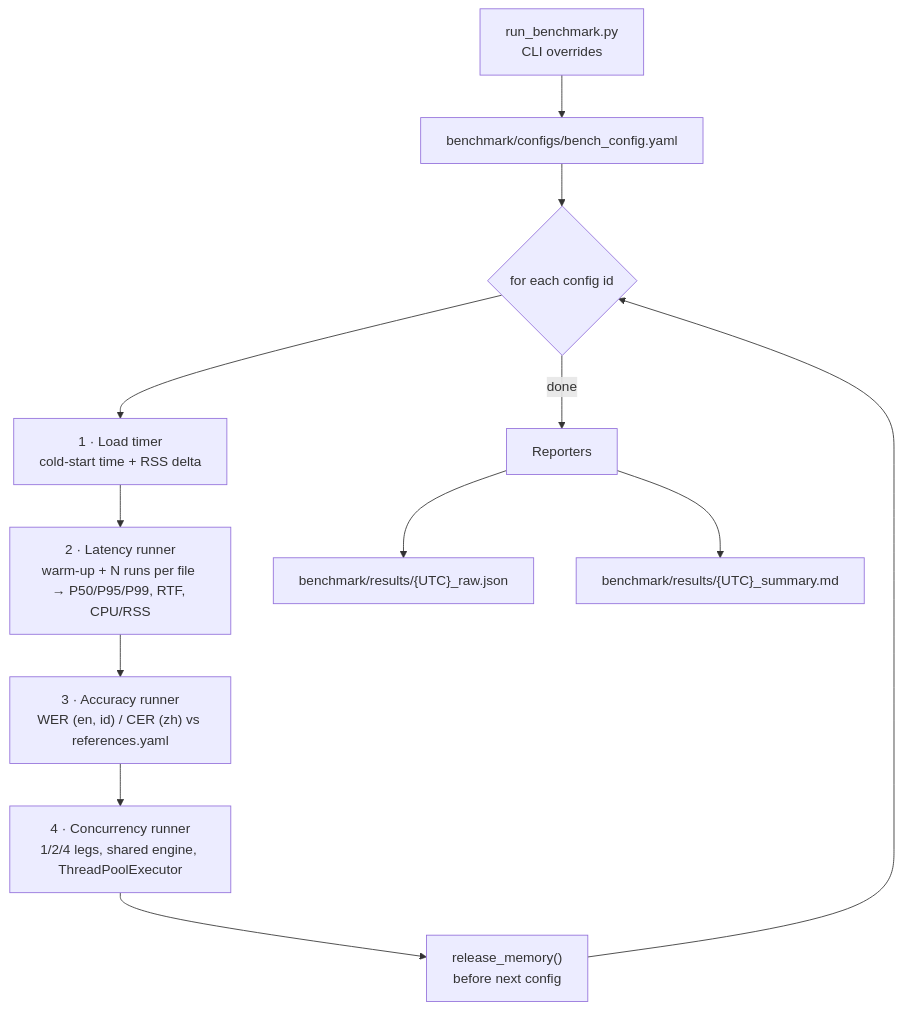
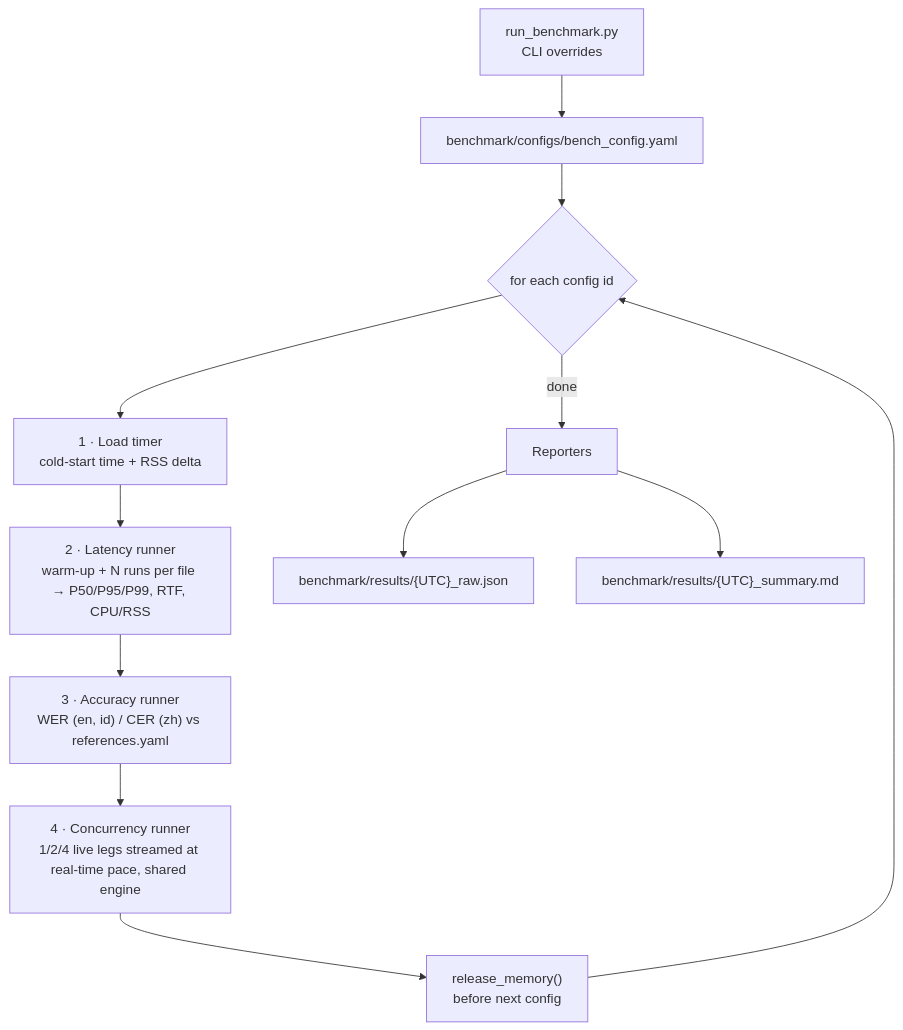
One commit to naseemap47/RT-MASR-CPU changed the diagram in docs/benchmark/benchmarking.md. Above: the diagram before and after it, drawn with Mermaid. The commit also changed other lines of this file and 14 other files, not shown here.

Commit message:
feat: streaming_concurrency_runner -> benchmark

````diff
--- a/docs/benchmark/benchmarking.md
+++ b/docs/benchmark/benchmarking.md
@@ -11,14 +11,14 @@
 ```mermaid
 flowchart TD
     CLI["run_benchmark.py<br/>CLI overrides"] --> CFG["benchmark/configs/bench_config.yaml"]
     CFG --> LOOP{"for each config id"}
     LOOP --> L1["1 · Load timer<br/>cold-start time + RSS delta"]
     L1 --> L2["2 · Latency runner<br/>warm-up + N runs per file → P50/P95/P99, RTF, CPU/RSS"]
     L2 --> L3["3 · Accuracy runner<br/>WER (en, id) / CER (zh) vs references.yaml"]
-    L3 --> L4["4 · Concurrency runner<br/>1/2/4 legs, shared engine, ThreadPoolExecutor"]
+    L3 --> L4["4 · Concurrency runner<br/>1/2/4 live legs streamed at real-time pace, shared engine"]
     L4 --> FREE["release_memory()<br/>before next config"]
     FREE --> LOOP
     LOOP -->|done| REP["Reporters"]
     REP --> J["benchmark/results/{UTC}_raw.json"]
     REP --> M["benchmark/results/{UTC}_summary.md"]
 ```
````
